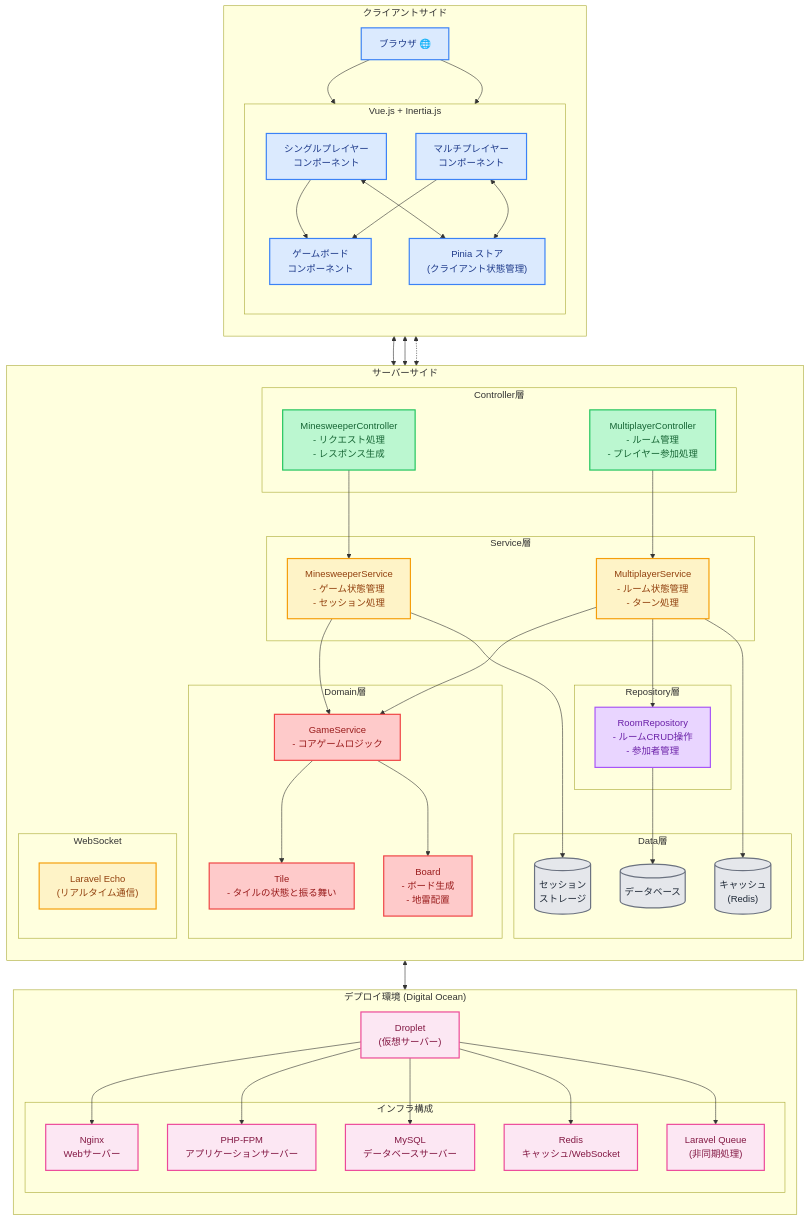
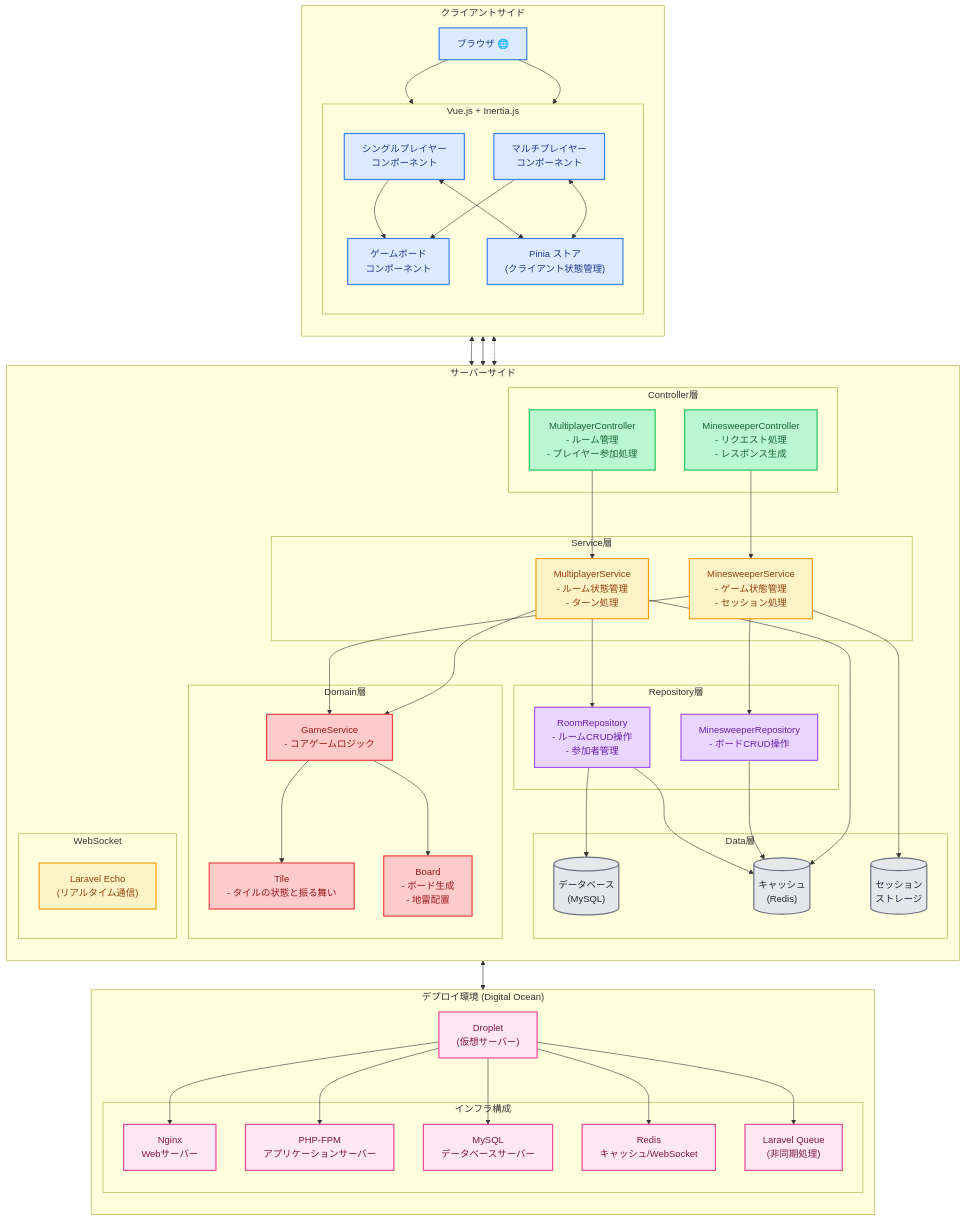
The diagram in doc/multi_minesweeper_architecture_detail.mmd (youmada/maybe_minesweeper), drawn with Mermaid before and after one commit. The commit also changed 8 other files, not shown here.

```diff
--- a/doc/multi_minesweeper_architecture_detail.mmd
+++ b/doc/multi_minesweeper_architecture_detail.mmd
@@ -1,101 +1,99 @@
 flowchart TB
     subgraph "クライアントサイド"
         direction TB
         Browser["ブラウザ 🌐"]
 
         subgraph "Vue.js + Inertia.js"
             direction TB
             SinglePlayer["シングルプレイヤー\nコンポーネント"]
             MultiPlayer["マルチプレイヤー\nコンポーネント"]
             GameBoard["ゲームボード\nコンポーネント"]
             PiniaStore["Pinia ストア\n(クライアント状態管理)"]
         end
 
         Browser --> SinglePlayer & MultiPlayer
         SinglePlayer & MultiPlayer --> GameBoard
         SinglePlayer & MultiPlayer <--> PiniaStore
     end
 
     subgraph "サーバーサイド"
         direction TB
 
         subgraph "Controller層"
             MineController["MinesweeperController\n- リクエスト処理\n- レスポンス生成"]
             MultiController["MultiplayerController\n- ルーム管理\n- プレイヤー参加処理"]
         end
 
         subgraph "Service層"
             MineService["MinesweeperService\n- ゲーム状態管理\n- セッション処理"]
             MultiService["MultiplayerService\n- ルーム状態管理\n- ターン処理"]
         end
 
         subgraph "Domain層"
             GameService["GameService\n- コアゲームロジック"]
             Tile["Tile\n- タイルの状態と振る舞い"]
             Board["Board\n- ボード生成\n- 地雷配置"]
         end
 
         subgraph "Repository層"
             RoomRepo["RoomRepository\n- ルームCRUD操作\n- 参加者管理"]
+            MinesweeperRepo["MinesweeperRepository\n- ボードCRUD操作"]
         end
 
         subgraph "Data層"
-            DB[(データベース)]
+            DB[("データベース\n(MySQL)")]
             Cache[("キャッシュ\n(Redis)")]
             Session[("セッション\nストレージ")]
         end
 
         subgraph "WebSocket"
             Echo["Laravel Echo\n(リアルタイム通信)"]
         end
     end
 
     subgraph "デプロイ環境 (Digital Ocean)"
         direction TB
         Droplet["Droplet\n(仮想サーバー)"]
 
         subgraph "インフラ構成"
             WebServer["Nginx\nWebサーバー"]
             AppServer["PHP-FPM\nアプリケーションサーバー"]
             DBServer["MySQL\nデータベースサーバー"]
             Redis["Redis\nキャッシュ/WebSocket"]
             Queue["Laravel Queue\n(非同期処理)"]
         end
 
         Droplet --> WebServer & AppServer & DBServer & Redis & Queue
     end
 
 %% 接続関係
     Browser <--> MineController & MultiController
     MultiPlayer <-.-> Echo
-
     MineController --> MineService
     MultiController --> MultiService
-
     MineService --> GameService
     MultiService --> GameService
+    MineService --> MinesweeperRepo
     MultiService --> RoomRepo
-
     GameService --> Tile & Board
-
     RoomRepo --> DB
+    RoomRepo --> Cache
+    MinesweeperRepo --> Cache
     MineService --> Session
     MultiService --> Cache
     Echo <--> Redis
-
 %% クラススタイル
-    classDef client fill:#dbeafe,stroke:#3b82f6,stroke-width:2px,color:#1e3a8a
-    classDef controller fill:#bbf7d0,stroke:#22c55e,stroke-width:2px,color:#166534
-    classDef service fill:#fef3c7,stroke:#f59e0b,stroke-width:2px,color:#92400e
-    classDef domain fill:#fecaca,stroke:#ef4444,stroke-width:2px,color:#991b1b
-    classDef repository fill:#e9d5ff,stroke:#a855f7,stroke-width:2px,color:#6b21a8
-    classDef data fill:#e5e7eb,stroke:#6b7280,stroke-width:2px,color:#1f2937
-    classDef infra fill:#fce7f3,stroke:#ec4899,stroke-width:2px,color:#831843
-
+    classDef client fill: #dbeafe, stroke: #3b82f6, stroke-width: 2px, color: #1e3a8a
+    classDef controller fill: #bbf7d0, stroke: #22c55e, stroke-width: 2px, color: #166534
+    classDef service fill: #fef3c7, stroke: #f59e0b, stroke-width: 2px, color: #92400e
+    classDef domain fill: #fecaca, stroke: #ef4444, stroke-width: 2px, color: #991b1b
+    classDef repository fill: #e9d5ff, stroke: #a855f7, stroke-width: 2px, color: #6b21a8
+    classDef data fill: #e5e7eb, stroke: #6b7280, stroke-width: 2px, color: #1f2937
+    classDef infra fill: #fce7f3, stroke: #ec4899, stroke-width: 2px, color: #831843
     class Browser,SinglePlayer,MultiPlayer,GameBoard,PiniaStore client
     class MineController,MultiController controller
     class MineService,MultiService,Echo service
     class GameService,Tile,Board domain
-    class RoomRepo repository
+    class RoomRepo,MinesweeperRepo repository
     class DB,Cache,Session data
     class Droplet,WebServer,AppServer,DBServer,Redis,Queue infra
```
